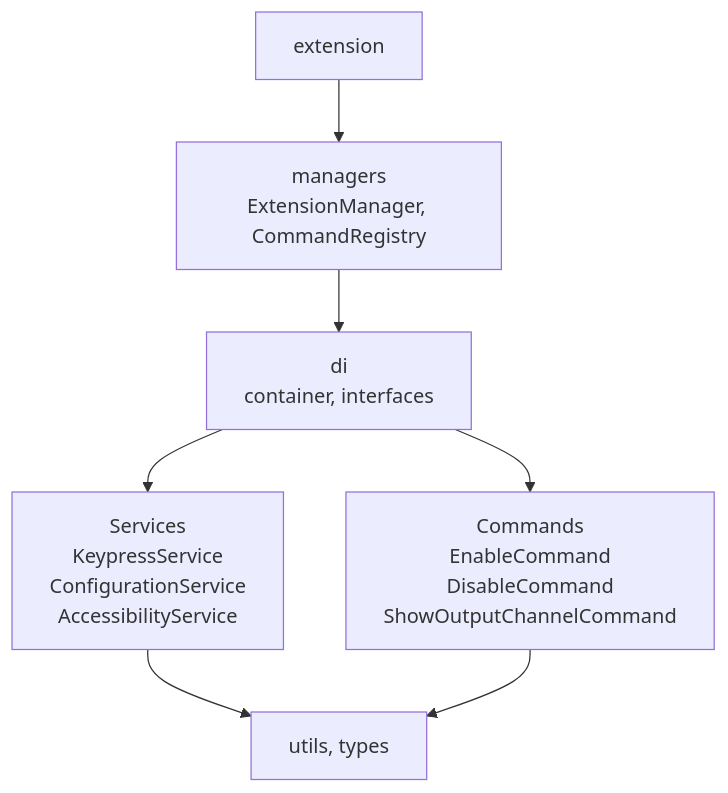
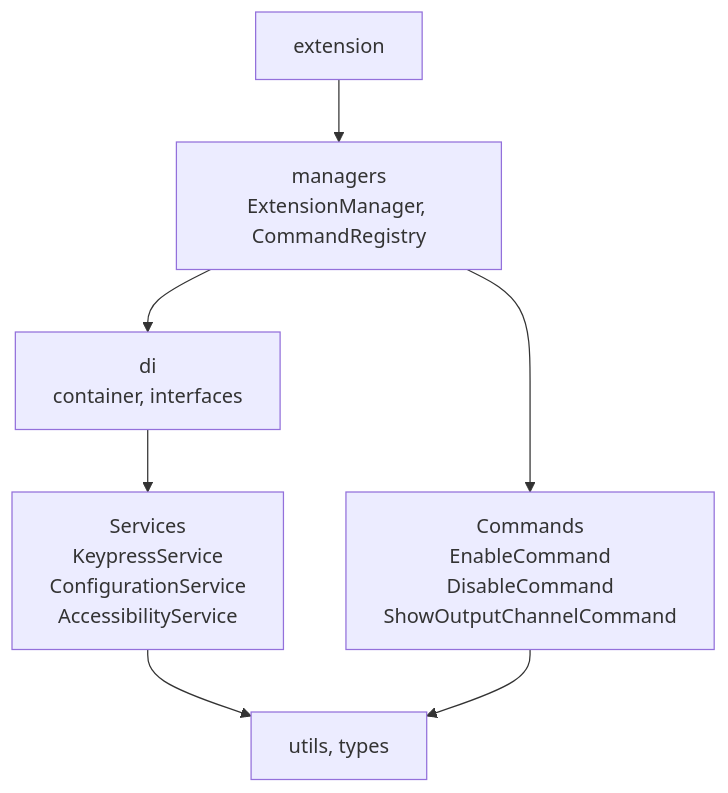
The second of 2 diagrams in README.md (Vijay431/keypress-notifications), drawn with Mermaid before and after one commit. The commit also changed other lines of this file, not shown here.

Commit message:
fix(readme): fix Mermaid diagrams per review feedback
- Replace \n with <br/> in node labels for reliable GitHub rendering
- Fix codebase structure: C --> E becomes B --> E (Commands are
  instantiated by managers/CommandRegistry, not the DI container)

````diff
--- a/README.md
+++ b/README.md
@@ -306,9 +306,9 @@
 ```mermaid
 flowchart TD
-    A["extension"] --> B["managers\nExtensionManager, CommandRegistry"]
-    B --> C["di\ncontainer, interfaces"]
-    C --> D["Services\nKeypressService\nConfigurationService\nAccessibilityService"]
-    C --> E["Commands\nEnableCommand\nDisableCommand\nShowOutputChannelCommand"]
+    A["extension"] --> B["managers<br/>ExtensionManager, CommandRegistry"]
+    B --> C["di<br/>container, interfaces"]
+    C --> D["Services<br/>KeypressService<br/>ConfigurationService<br/>AccessibilityService"]
+    B --> E["Commands<br/>EnableCommand<br/>DisableCommand<br/>ShowOutputChannelCommand"]
     D --> F["utils, types"]
     E --> F
 ```
````
